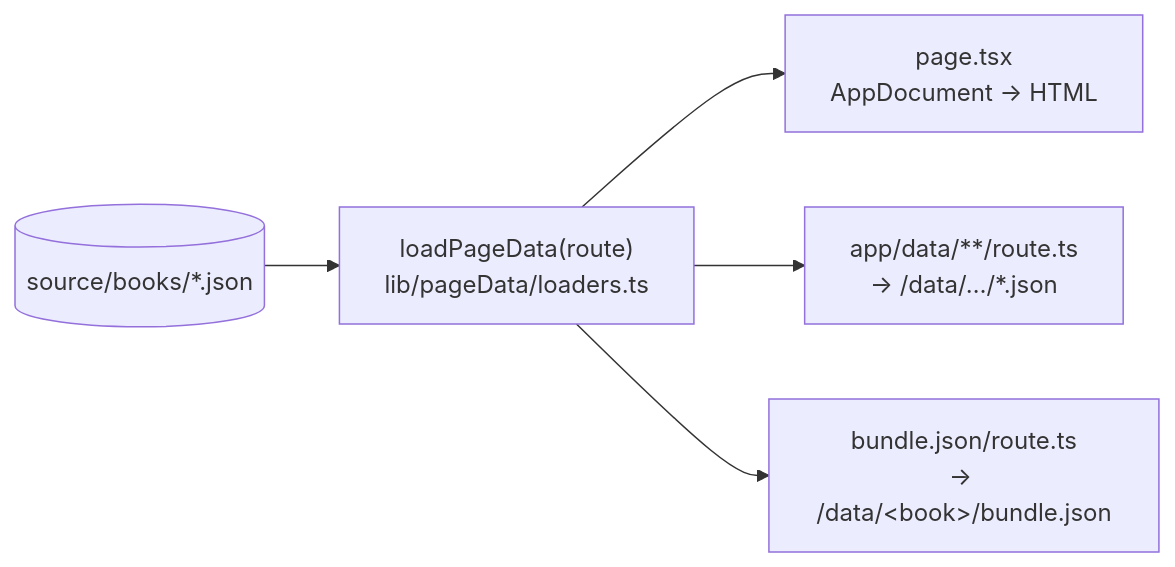
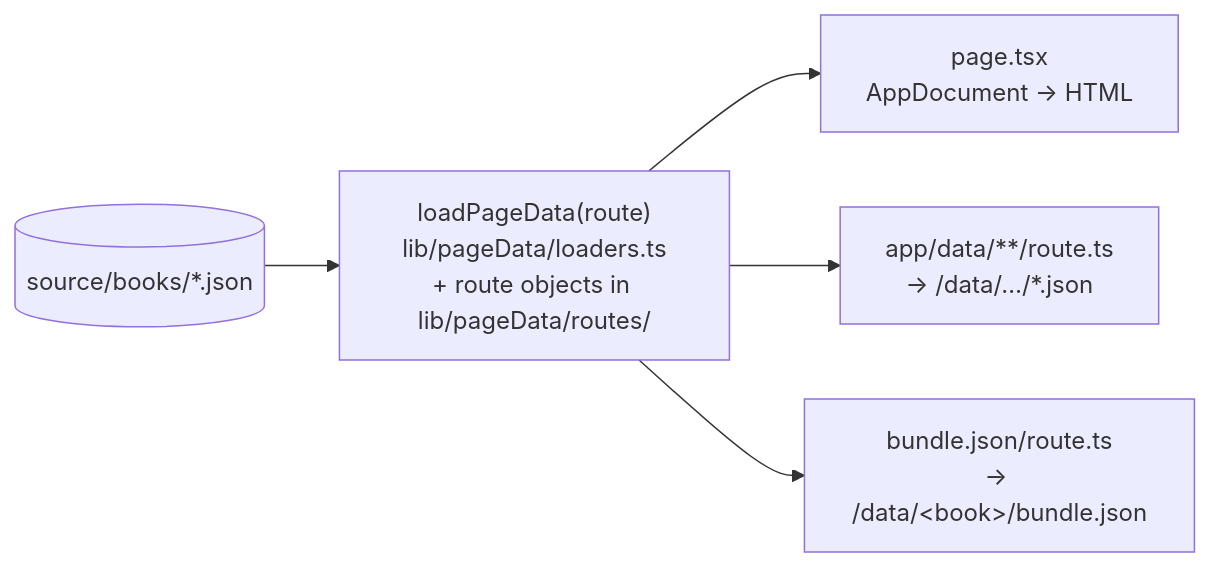
Before and after one commit to scsm-ua/dev-kirtan-next: the first of 2 diagrams in .github/instructions/app-architecture.instructions.md, drawn with Mermaid. The commit also changed other lines of this file and 105 other files, not shown here.

Commit message:
refactor routes; support "about" page

````diff
--- a/.github/instructions/app-architecture.instructions.md
+++ b/.github/instructions/app-architecture.instructions.md
@@ -19,7 +19,7 @@
 ```mermaid
 flowchart LR
-  src[(source/books/*.json)] --> L["loadPageData(route)<br/>lib/pageData/loaders.ts"]
+  src[(source/books/*.json)] --> L["loadPageData(route)<br/>lib/pageData/loaders.ts<br/>+ route objects in lib/pageData/routes/"]
   L --> H["page.tsx<br/>AppDocument → HTML"]
   L --> J["app/data/**/route.ts<br/>→ /data/…/*.json"]
   L --> B["bundle.json/route.ts<br/>→ /data/&lt;book&gt;/bundle.json"]
 ```
````
